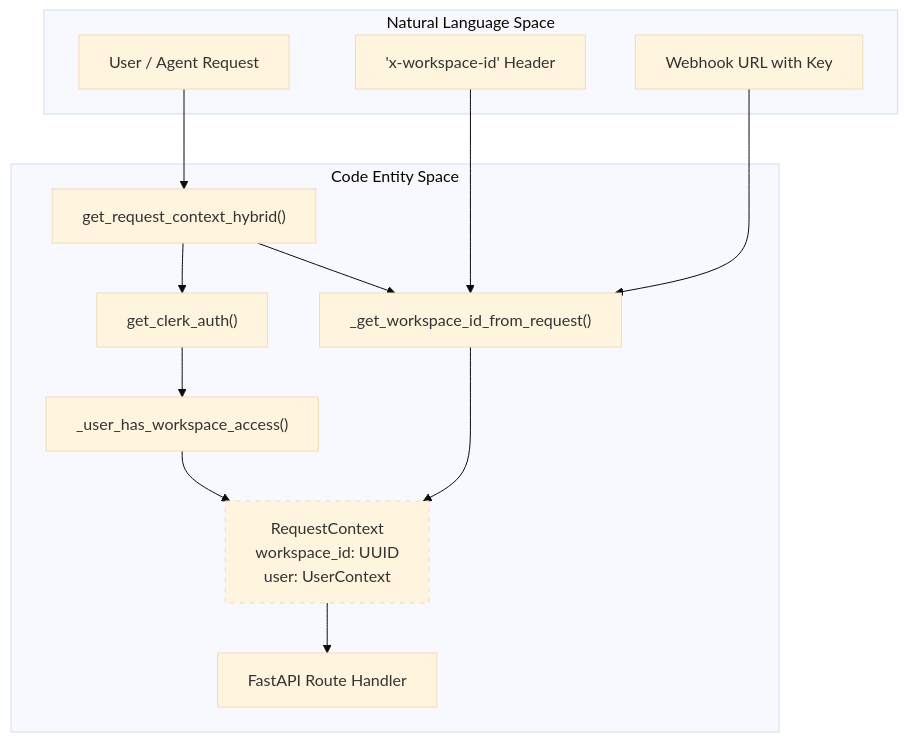
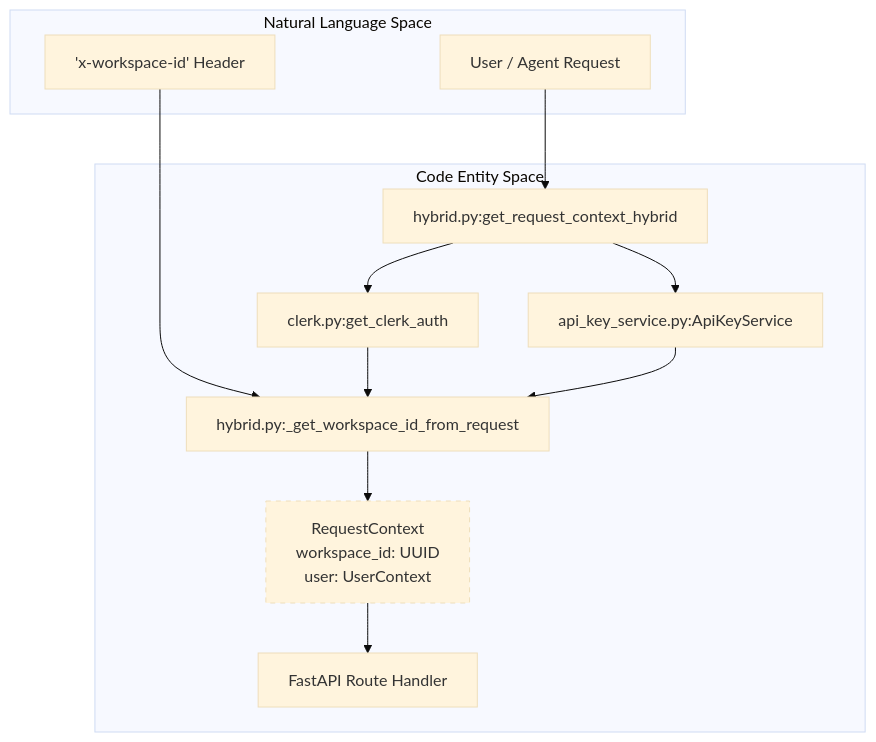
Before and after one commit to AutomatosAI/automatos-ai: the first of 3 diagrams in docs/authentication-multi-tenancy/data-isolation.md, drawn with Mermaid (base theme). The commit also changed other lines of this file and 191 other files, not shown here.

````diff
--- a/docs/authentication-multi-tenancy/data-isolation.md
+++ b/docs/authentication-multi-tenancy/data-isolation.md
@@ -44,29 +51,27 @@
 ```mermaid
 graph TB
     subgraph "Natural Language Space"
         User["User / Agent Request"]
         WS_Header["'x-workspace-id' Header"]
-        Webhook_URL["Webhook URL with Key"]
     end
 
     subgraph "Code Entity Space"
-        AuthDep["get_request_context_hybrid()"]
-        ClerkAuth["get_clerk_auth()"]
-        WS_Resolver["_get_workspace_id_from_request()"]
-        WS_Verify["_user_has_workspace_access()"]
+        AuthDep["hybrid.py:get_request_context_hybrid"]
+        ClerkAuth["clerk.py:get_clerk_auth"]
+        APIKeyAuth["api_key_service.py:ApiKeyService"]
+        WS_Resolver["hybrid.py:_get_workspace_id_from_request"]
         RequestContext["RequestContext<br/>workspace_id: UUID<br/>user: UserContext"]
         Endpoint["FastAPI Route Handler"]
     end
 
     User --> AuthDep
     WS_Header --> WS_Resolver
-    Webhook_URL --> WS_Resolver
     AuthDep --> ClerkAuth
-    AuthDep --> WS_Resolver
-    ClerkAuth --> WS_Verify
-    WS_Verify --> RequestContext
+    AuthDep --> APIKeyAuth
+    ClerkAuth --> WS_Resolver
+    APIKeyAuth --> WS_Resolver
     WS_Resolver --> RequestContext
     RequestContext --> Endpoint
 
     style RequestContext stroke-dasharray: 5 5
 ```
````
